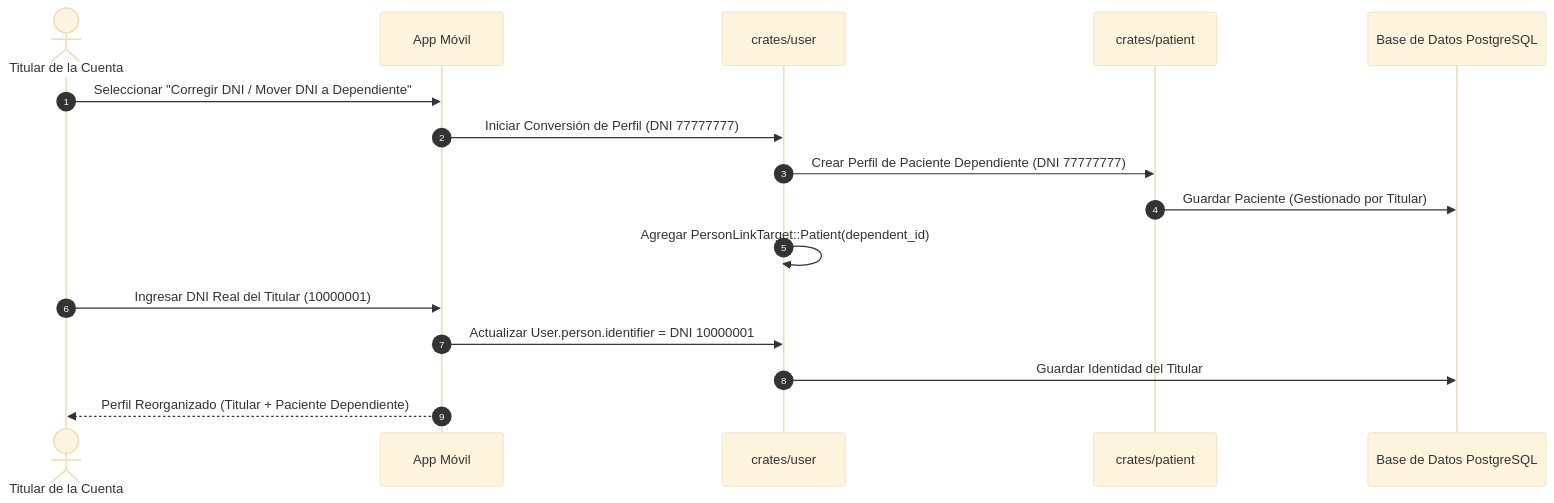
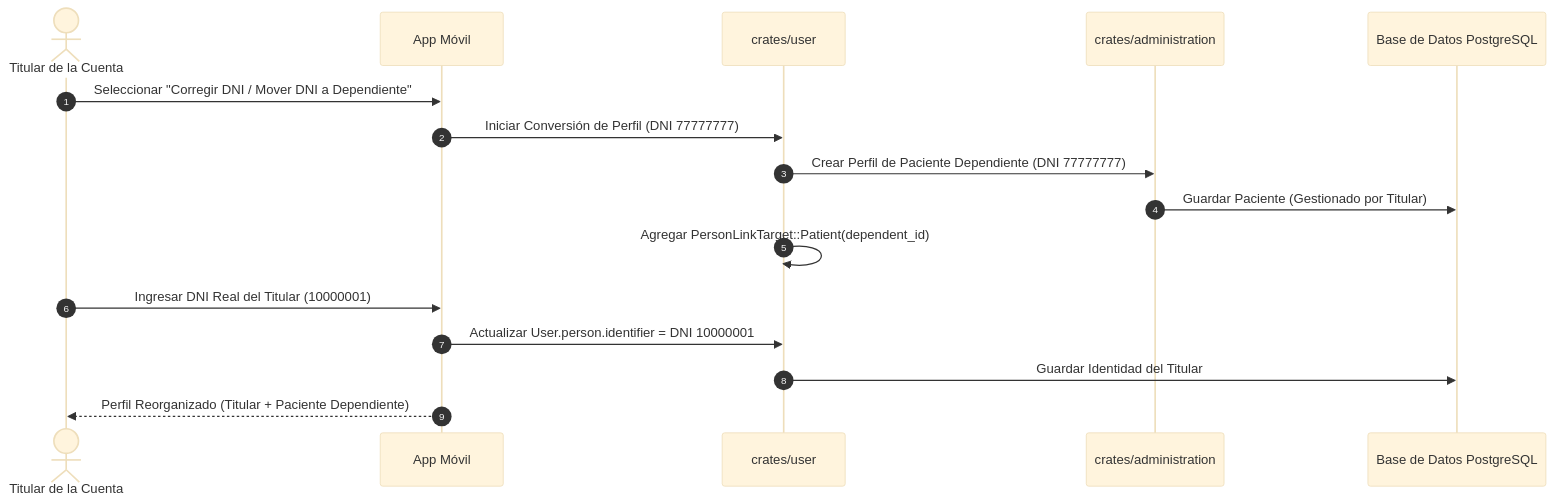
The fourth of 19 diagrams in backend/AGENTS.md (mamba-black/my-health-record), drawn with Mermaid (base theme) before and after one commit. The commit also changed other lines of this file and 1 other file, not shown here.

````diff
--- a/backend/AGENTS.md
+++ b/backend/AGENTS.md
@@ -119,20 +320,20 @@
 ```mermaid
 sequenceDiagram
     autonumber
     actor User as Titular de la Cuenta
     participant App as App Móvil
     participant UserDomain as crates/user
-    participant PatientDomain as crates/patient
+    participant AdminDomain as crates/administration
     participant DB as Base de Datos PostgreSQL
 
     User->>App: Seleccionar "Corregir DNI / Mover DNI a Dependiente"
     App->>UserDomain: Iniciar Conversión de Perfil (DNI 77777777)
-    UserDomain->>PatientDomain: Crear Perfil de Paciente Dependiente (DNI 77777777)
-    PatientDomain->>DB: Guardar Paciente (Gestionado por Titular)
+    UserDomain->>AdminDomain: Crear Perfil de Paciente Dependiente (DNI 77777777)
+    AdminDomain->>DB: Guardar Paciente (Gestionado por Titular)
     UserDomain->>UserDomain: Agregar PersonLinkTarget::Patient(dependent_id)
 
     User->>App: Ingresar DNI Real del Titular (10000001)
     App->>UserDomain: Actualizar User.person.identifier = DNI 10000001
     UserDomain->>DB: Guardar Identidad del Titular
     App-->>User: Perfil Reorganizado (Titular + Paciente Dependiente)
 ```
````
